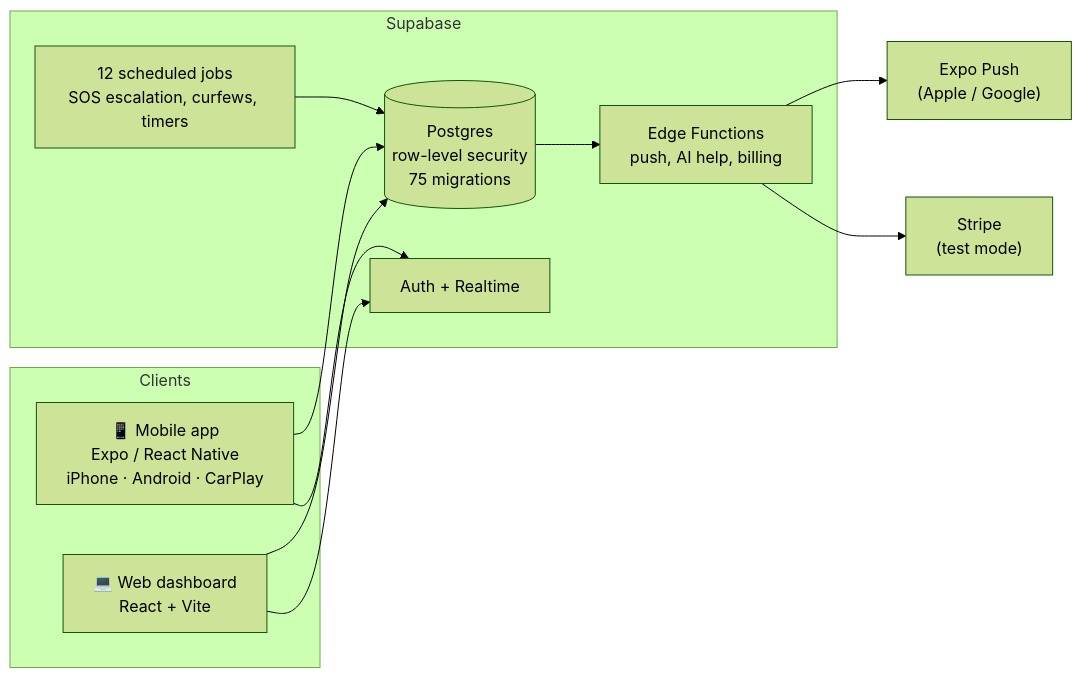
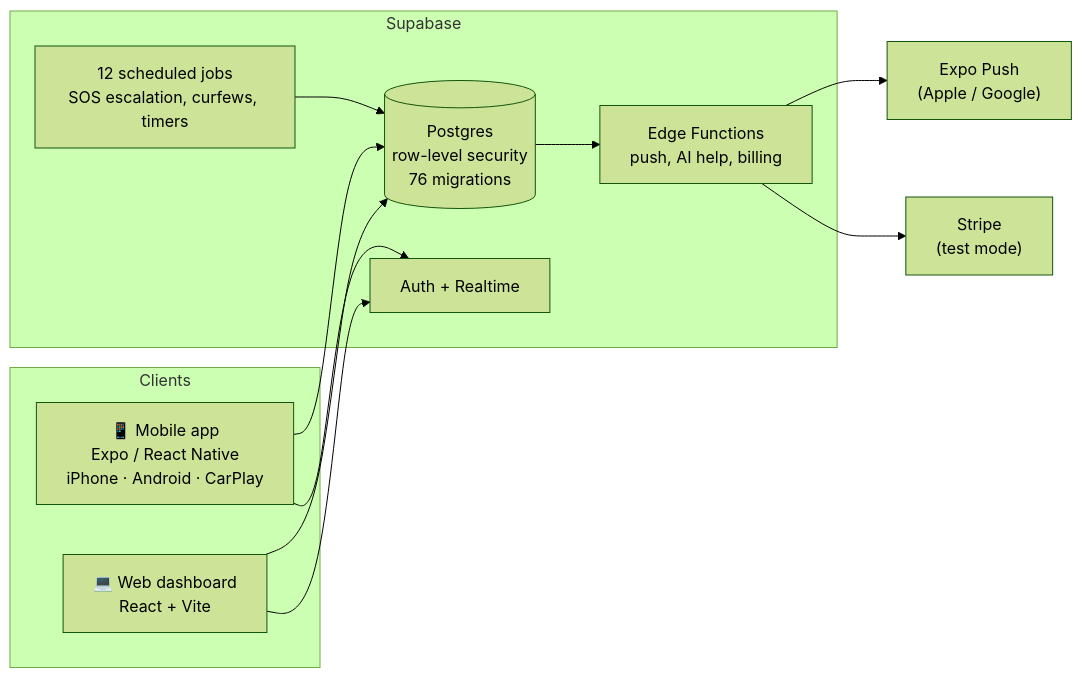
The diagram in README.md (Avi0790/safe-circle), drawn with Mermaid (forest theme) before and after one commit. The commit also changed other lines of this file and 20 other files, not shown here.

````diff
--- a/README.md
+++ b/README.md
@@ -112,21 +113,21 @@
 ```mermaid
 flowchart LR
     subgraph Clients
         A["📱 Mobile app<br/>Expo / React Native<br/>iPhone · Android · CarPlay"]
         W["💻 Web dashboard<br/>React + Vite"]
     end
     subgraph Supabase
-        DB[("Postgres<br/>row-level security<br/>75 migrations")]
+        DB[("Postgres<br/>row-level security<br/>76 migrations")]
         AU["Auth + Realtime"]
         CR["12 scheduled jobs<br/>SOS escalation, curfews, timers"]
         EF["Edge Functions<br/>push, AI help, billing"]
     end
     A --> DB
     W --> DB
     A --> AU
     W --> AU
     CR --> DB
     DB --> EF
     EF --> P["Expo Push<br/>(Apple / Google)"]
     EF --> S["Stripe<br/>(test mode)"]
 ```
````
